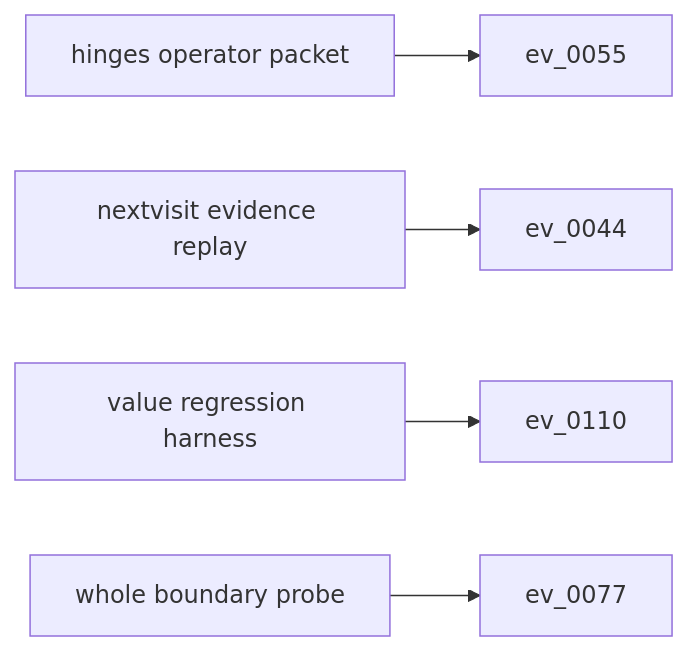
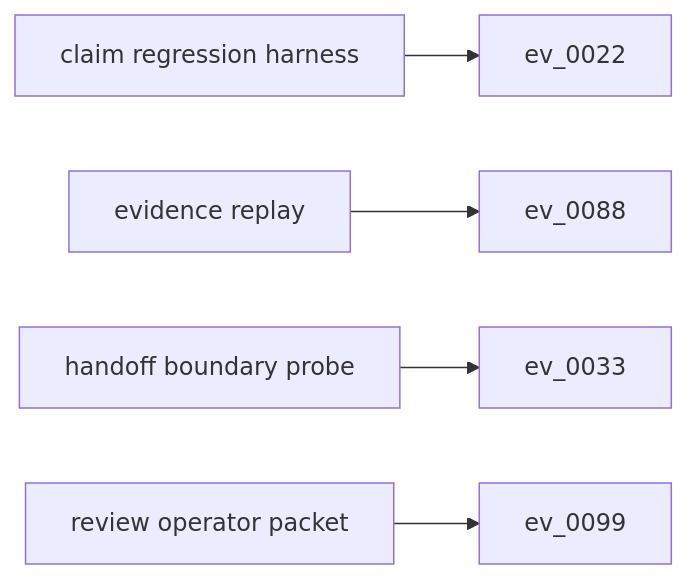
Before and after one commit to t7r0n/scribe-rail: the diagram in outputs/trace_graph.mmd, drawn with Mermaid. The commit also changed 21 other files, not shown here.

```diff
--- a/outputs/trace_graph.mmd
+++ b/outputs/trace_graph.mmd
@@ -1,13 +1,13 @@
 flowchart LR
-  s0["hinges operator packet"]
-  e0["ev_0055"]
+  s0["claim regression harness"]
+  e0["ev_0022"]
   s0 --> e0
-  s1["nextvisit evidence replay"]
-  e1["ev_0044"]
+  s1["evidence replay"]
+  e1["ev_0088"]
   s1 --> e1
-  s2["value regression harness"]
-  e2["ev_0110"]
+  s2["handoff boundary probe"]
+  e2["ev_0033"]
   s2 --> e2
-  s3["whole boundary probe"]
-  e3["ev_0077"]
+  s3["review operator packet"]
+  e3["ev_0099"]
   s3 --> e3
```
